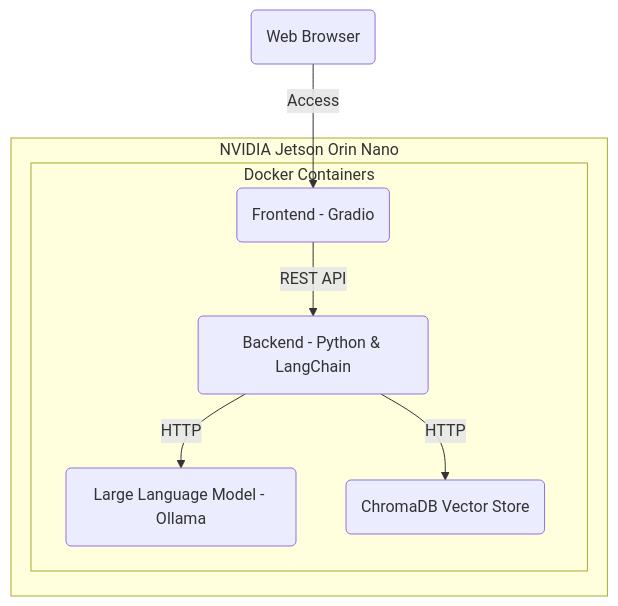
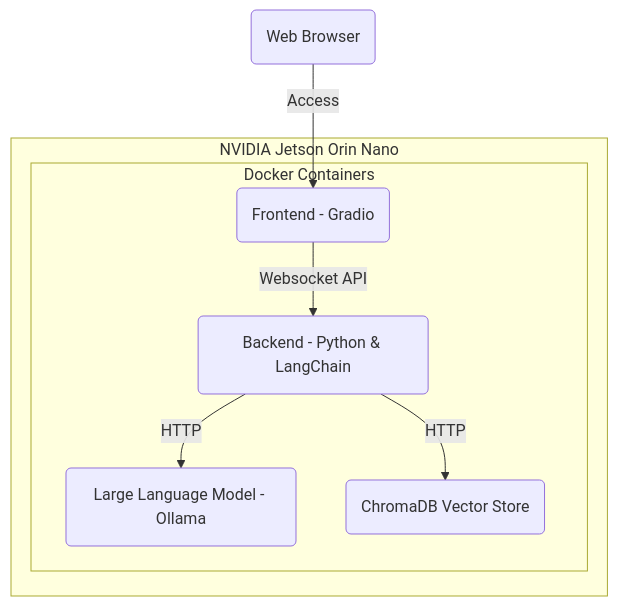
Before and after one commit to hse-digital-engineering/build-your-own-chatbot: the second of 3 diagrams in README.md, drawn with Mermaid. The commit also changed other lines of this file and 18 other files, not shown here.

````diff
--- a/README.md
+++ b/README.md
@@ -93,17 +92,17 @@
 ```mermaid
 graph TD
     subgraph NVIDIA Jetson Orin Nano
         subgraph Docker Containers
             Frontend(Frontend - Gradio) 
             Backend(Backend - Python & LangChain)
             LLM(Large Language Model - Ollama)
             VectorStore(ChromaDB Vector Store)
         end
 
-        Frontend -->|REST API| Backend
+        Frontend -->|Websocket API| Backend
         Backend -->|HTTP| LLM
         Backend -->|HTTP| VectorStore
     end
 
     WebBrowser(Web Browser) -->|Access| Frontend
 ```
````
